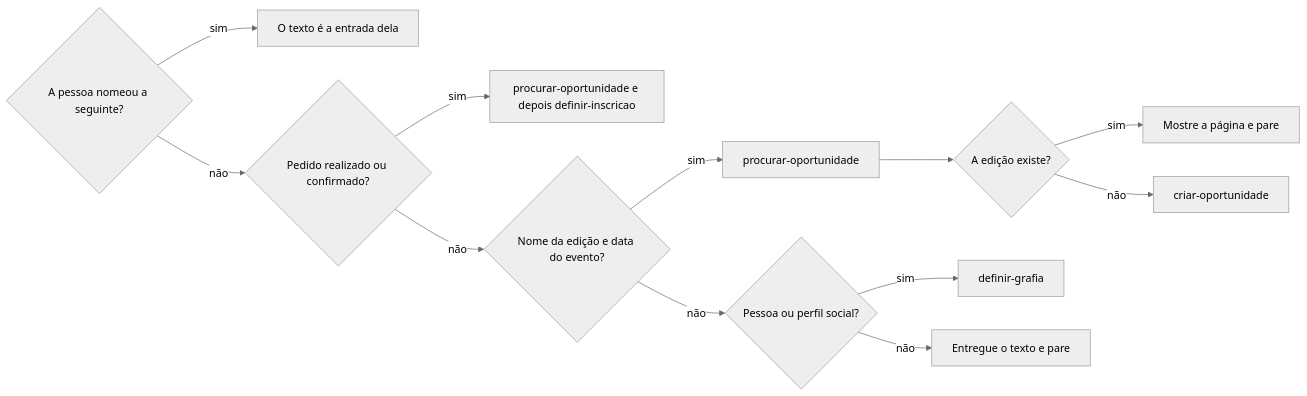
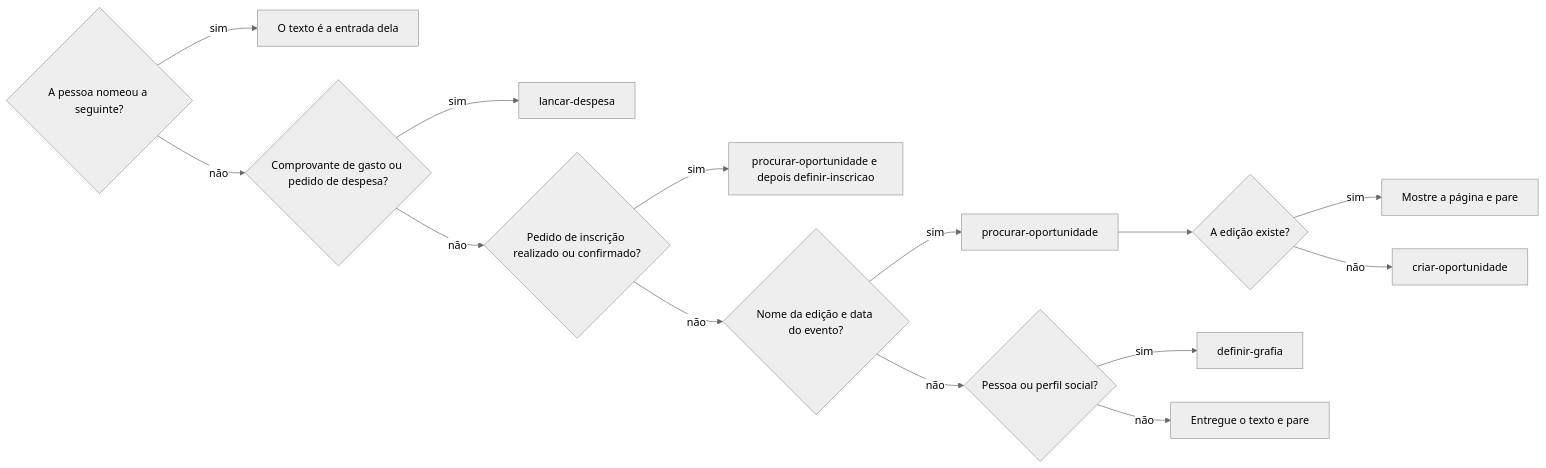
The second of 2 diagrams in .agents/skills/reconhecer-imagem/SKILL.md (jimmyandrade/harness), drawn with Mermaid (neutral theme) before and after one commit. The commit also changed other lines of this file and 7 other files, not shown here.

````diff
--- a/.agents/skills/reconhecer-imagem/SKILL.md
+++ b/.agents/skills/reconhecer-imagem/SKILL.md
@@ -47,14 +56,16 @@
 ```mermaid
 flowchart LR
   A{A pessoa nomeou a seguinte?} -->|sim| B[O texto é a entrada dela]
-  A -->|não| C{Pedido realizado ou confirmado?}
+  A -->|não| R{Comprovante de gasto ou pedido de despesa?}
+  R -->|sim| S[lancar-despesa]
+  R -->|não| C{Pedido de inscrição realizado ou confirmado?}
   C -->|sim| D[procurar-oportunidade e depois definir-inscricao]
   C -->|não| E{Nome da edição e data do evento?}
   E -->|sim| F[procurar-oportunidade]
   F --> J{A edição existe?}
   J -->|sim| K[Mostre a página e pare]
   J -->|não| L[criar-oportunidade]
   E -->|não| H{Pessoa ou perfil social?}
   H -->|sim| I[definir-grafia]
   H -->|não| G[Entregue o texto e pare]
 ```
````
